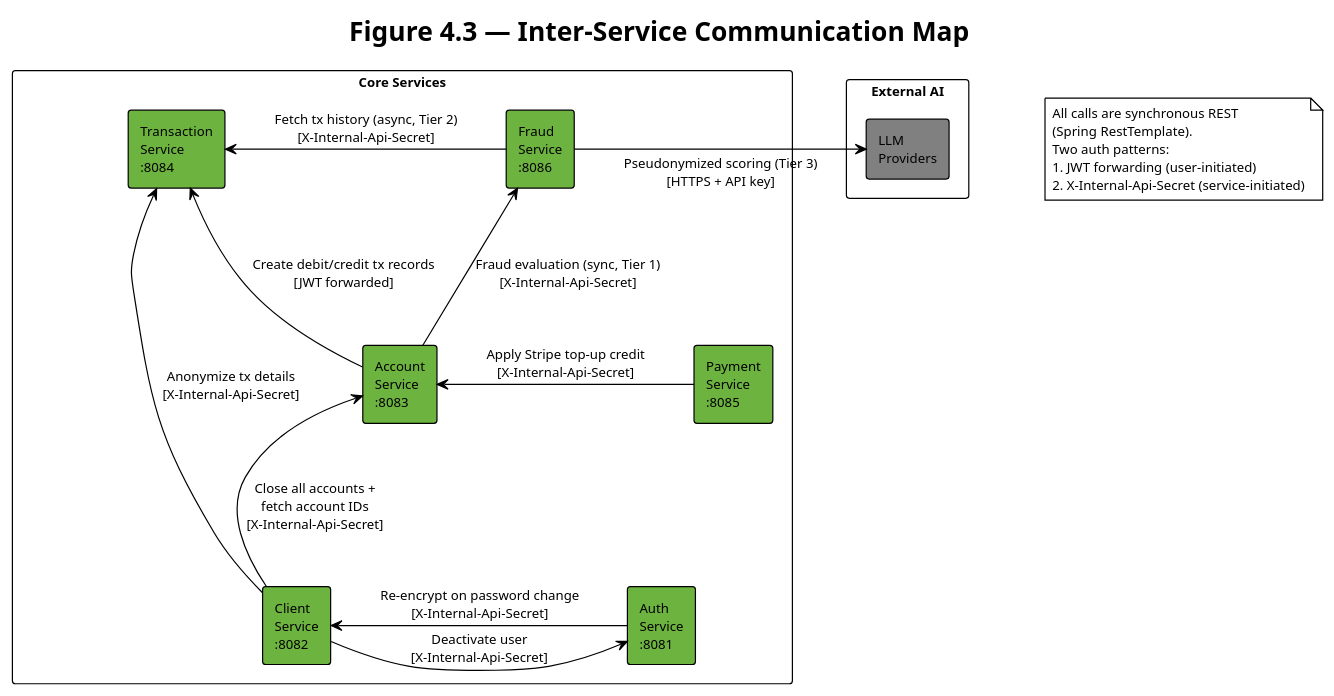
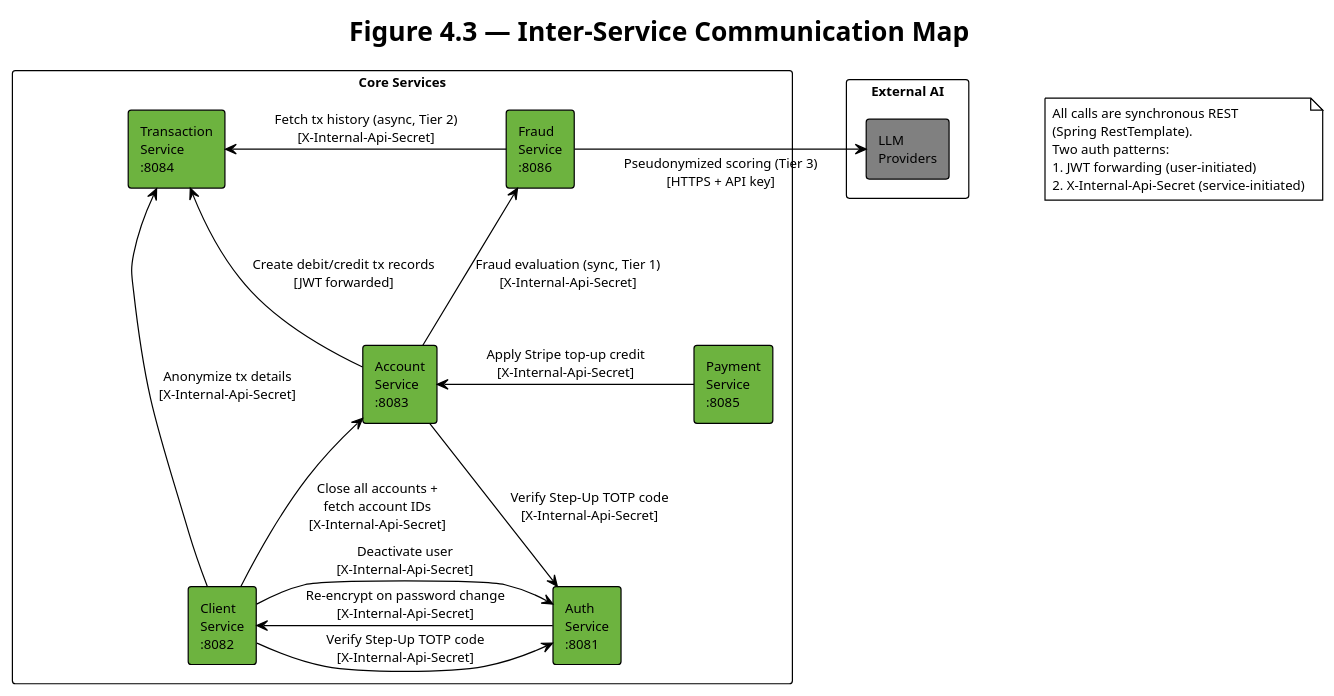
Before and after one commit to TurcanuTeodor/Online-Internet-Banking: the diagram in uml/chapter4/inter-service-communication.puml, drawn with PlantUML. The commit also changed 12 other files, not shown here.

```diff
--- a/uml/chapter4/inter-service-communication.puml
+++ b/uml/chapter4/inter-service-communication.puml
@@ -1,58 +1,68 @@
 @startuml InterService_Communication
 !theme plain
 skinparam backgroundColor white
 skinparam defaultFontName "Segoe UI"
 skinparam defaultFontSize 11
 skinparam shadowing false
 skinparam nodesep 80
 skinparam ranksep 90
 skinparam packageStyle rectangle
 
 title Figure 4.3 — Inter-Service Communication Map
 
 note as N1
   All calls are synchronous REST
   (Spring RestTemplate).
   Two auth patterns:
   1. JWT forwarding (user-initiated)
   2. X-Internal-Api-Secret (service-initiated)
 end note
 
 package "Core Services" {
   rectangle "Transaction\nService\n:8084" as TX #6DB33F
   rectangle "Fraud\nService\n:8086" as FRAUD #6DB33F
   rectangle "Account\nService\n:8083" as ACCOUNT #6DB33F
   rectangle "Payment\nService\n:8085" as PAY #6DB33F
   rectangle "Client\nService\n:8082" as CLIENT #6DB33F
   rectangle "Auth\nService\n:8081" as AUTH #6DB33F
 }
 
 package "External AI" {
   rectangle "LLM\nProviders" as LLM #gray
 }
 
 ' === Grid layout (3 rows x 2 cols) ===
 ' Row ordering: TX/FRAUD -> ACCOUNT/PAY -> CLIENT/AUTH
 TX -[hidden]right-> FRAUD
 ACCOUNT -[hidden]right-> PAY
 CLIENT -[hidden]right-> AUTH
 
 TX -[hidden]down-> ACCOUNT
 ACCOUNT -[hidden]down-> CLIENT
 FRAUD -[hidden]down-> PAY
 PAY -[hidden]down-> AUTH
 
 FRAUD -[hidden]right-> LLM
 
-' === Connections ===
+' === Core banking flows ===
 ACCOUNT -up-> TX : Create debit/credit tx records\n[JWT forwarded]
 ACCOUNT -up-> FRAUD : Fraud evaluation (sync, Tier 1)\n[X-Internal-Api-Secret]
+
+' === Fraud async flow ===
 FRAUD -left-> TX : Fetch tx history (async, Tier 2)\n[X-Internal-Api-Secret]
 FRAUD -right-> LLM : Pseudonymized scoring (Tier 3)\n[HTTPS + API key]
+
+' === Payment settlement ===
 PAY -left-> ACCOUNT : Apply Stripe top-up credit\n[X-Internal-Api-Secret]
+
+' === Encryption lifecycle & MFA ===
 AUTH -left-> CLIENT : Re-encrypt on password change\n[X-Internal-Api-Secret]
+ACCOUNT -down-> AUTH : Verify Step-Up TOTP code\n[X-Internal-Api-Secret]
+CLIENT -right-> AUTH : Verify Step-Up TOTP code\n[X-Internal-Api-Secret]
+
+' === GDPR erasure cascade ===
 CLIENT -right-> AUTH : Deactivate user\n[X-Internal-Api-Secret]
 CLIENT -up-> ACCOUNT : Close all accounts +\nfetch account IDs\n[X-Internal-Api-Secret]
 CLIENT -up-> TX : Anonymize tx details\n[X-Internal-Api-Secret]
 
 @enduml
```
